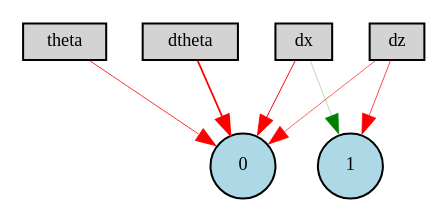
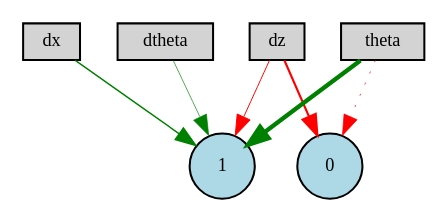
Before and after one commit to benjaminkeltjens/BioInspiredDrone: the diagram in fourth_stabiliser/winner-ctrnn.gv, drawn with Graphviz. The commit also changed 548 other files, not shown here.

```diff
--- a/fourth_stabiliser/winner-ctrnn.gv
+++ b/fourth_stabiliser/winner-ctrnn.gv
@@ -1,15 +1,15 @@
 digraph {
 	node [fontsize=9 height=0.2 shape=circle width=0.2]
 	dx [fillcolor=lightgray shape=box style=filled]
 	dz [fillcolor=lightgray shape=box style=filled]
 	theta [fillcolor=lightgray shape=box style=filled]
 	dtheta [fillcolor=lightgray shape=box style=filled]
 	0 [fillcolor=lightblue style=filled]
 	1 [fillcolor=lightblue style=filled]
-	dtheta -> 0 [color=red penwidth=0.8576438938325415 style=solid]
-	dz -> 0 [color=red penwidth=0.3071531617496991 style=solid]
-	dz -> 1 [color=red penwidth=0.35997647978528524 style=solid]
-	theta -> 0 [color=red penwidth=0.4008188478949666 style=solid]
-	dx -> 0 [color=red penwidth=0.4938943883712281 style=solid]
-	dx -> 1 [color=green penwidth=0.1353586075155709 style=solid]
+	theta -> 1 [color=green penwidth=2.1415592991007837 style=solid]
+	theta -> 0 [color=red penwidth=0.3590514997903327 style=dotted]
+	dtheta -> 1 [color=green penwidth=0.3252512328285412 style=solid]
+	dz -> 0 [color=red penwidth=1.0921792801697034 style=solid]
+	dx -> 1 [color=green penwidth=0.7034539383154766 style=solid]
+	dz -> 1 [color=red penwidth=0.47861712854430527 style=solid]
 }
```
